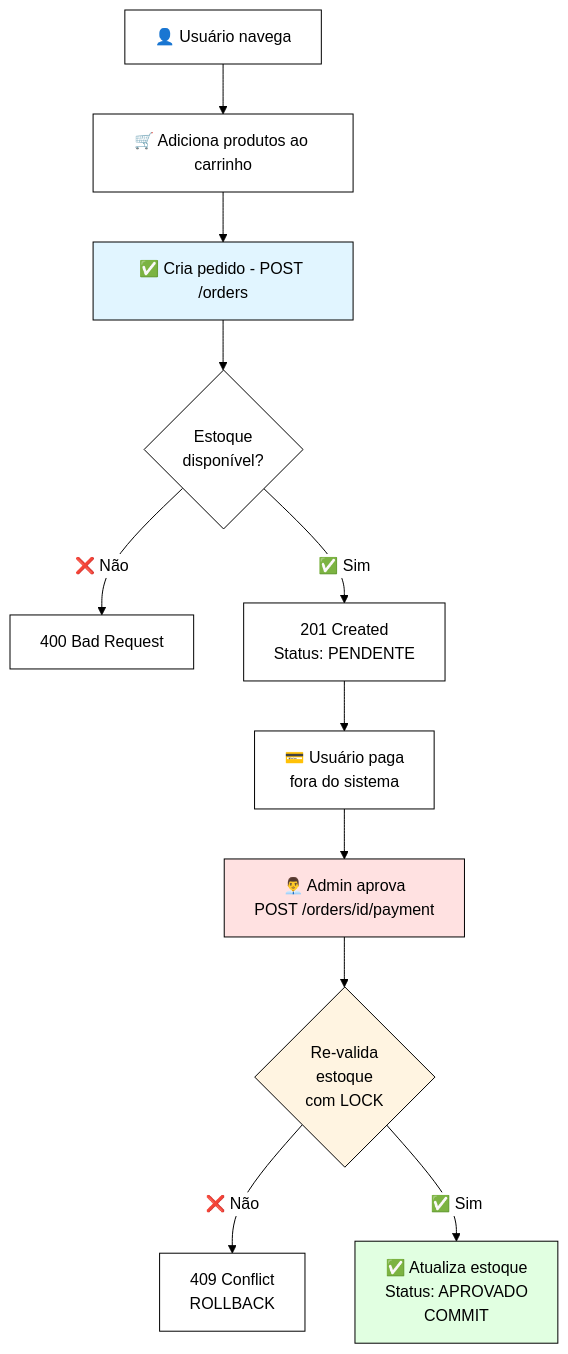
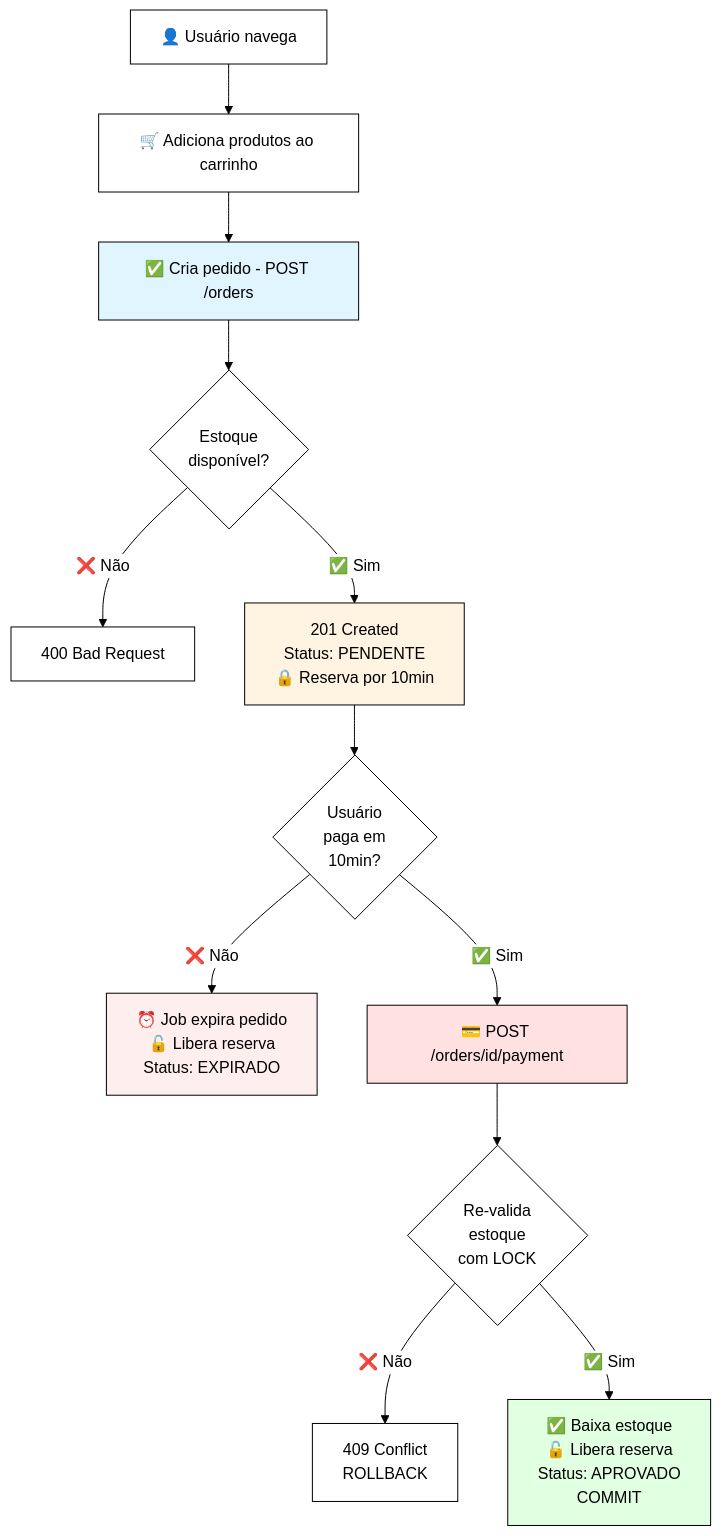
Before and after one commit to DanrleyBrasil/ecommerce-api-case: the fifth of 5 diagrams in docs/architecture/diagrama-sequencia.md, drawn with Mermaid. The commit also changed other lines of this file and 20 other files, not shown here.

````diff
--- a/docs/architecture/diagrama-sequencia.md
+++ b/docs/architecture/diagrama-sequencia.md
@@ -313,19 +392,21 @@
 ```mermaid
 %%{init: {'theme':'base', 'themeVariables': { 'primaryColor':'#e1f5ff', 'primaryTextColor':'#000000', 'primaryBorderColor':'#000000', 'lineColor':'#000000', 'secondaryColor':'#ffe1e1', 'tertiaryColor':'#e1ffe1', 'edgeLabelBackground':'#ffffff', 'nodeTextColor':'#000000', 'textColor':'#000000', 'mainBkg':'#ffffff'}}}%%
 graph TD
     A[👤 Usuário navega] --> B[🛒 Adiciona produtos ao carrinho]
     B --> C[✅ Cria pedido - POST /orders]
     C --> D{Estoque<br/>disponível?}
     D -->|❌ Não| E[400 Bad Request]
-    D -->|✅ Sim| F[201 Created<br/>Status: PENDENTE]
-    F --> G[💳 Usuário paga<br/>fora do sistema]
-    G --> H[👨‍💼 Admin aprova<br/>POST /orders/id/payment]
-    H --> I{Re-valida<br/>estoque<br/>com LOCK}
-    I -->|❌ Não| J[409 Conflict<br/>ROLLBACK]
-    I -->|✅ Sim| K[✅ Atualiza estoque<br/>Status: APROVADO<br/>COMMIT]
+    D -->|✅ Sim| F[201 Created<br/>Status: PENDENTE<br/>🔒 Reserva por 10min]
+    F --> G{Usuário<br/>paga em<br/>10min?}
+    G -->|❌ Não| H[⏰ Job expira pedido<br/>🔓 Libera reserva<br/>Status: EXPIRADO]
+    G -->|✅ Sim| I[💳 POST /orders/id/payment]
+    I --> J{Re-valida<br/>estoque<br/>com LOCK}
+    J -->|❌ Não| K[409 Conflict<br/>ROLLBACK]
+    J -->|✅ Sim| L[✅ Baixa estoque<br/>🔓 Libera reserva<br/>Status: APROVADO<br/>COMMIT]
     
     style C fill:#e1f5ff
-    style H fill:#ffe1e1
-    style I fill:#fff4e1
-    style K fill:#e1ffe1
+    style F fill:#fff4e1
+    style I fill:#ffe1e1
+    style L fill:#e1ffe1
+    style H fill:#ffeeee
 ```
````
